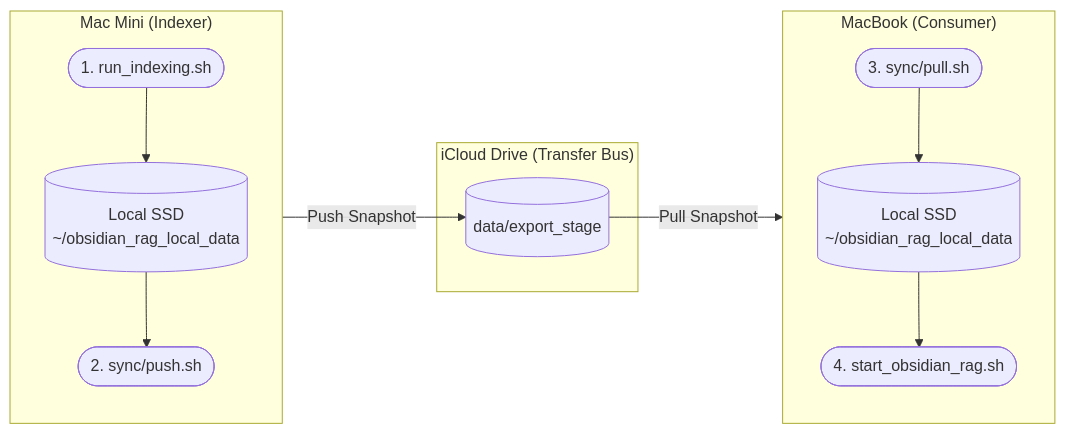
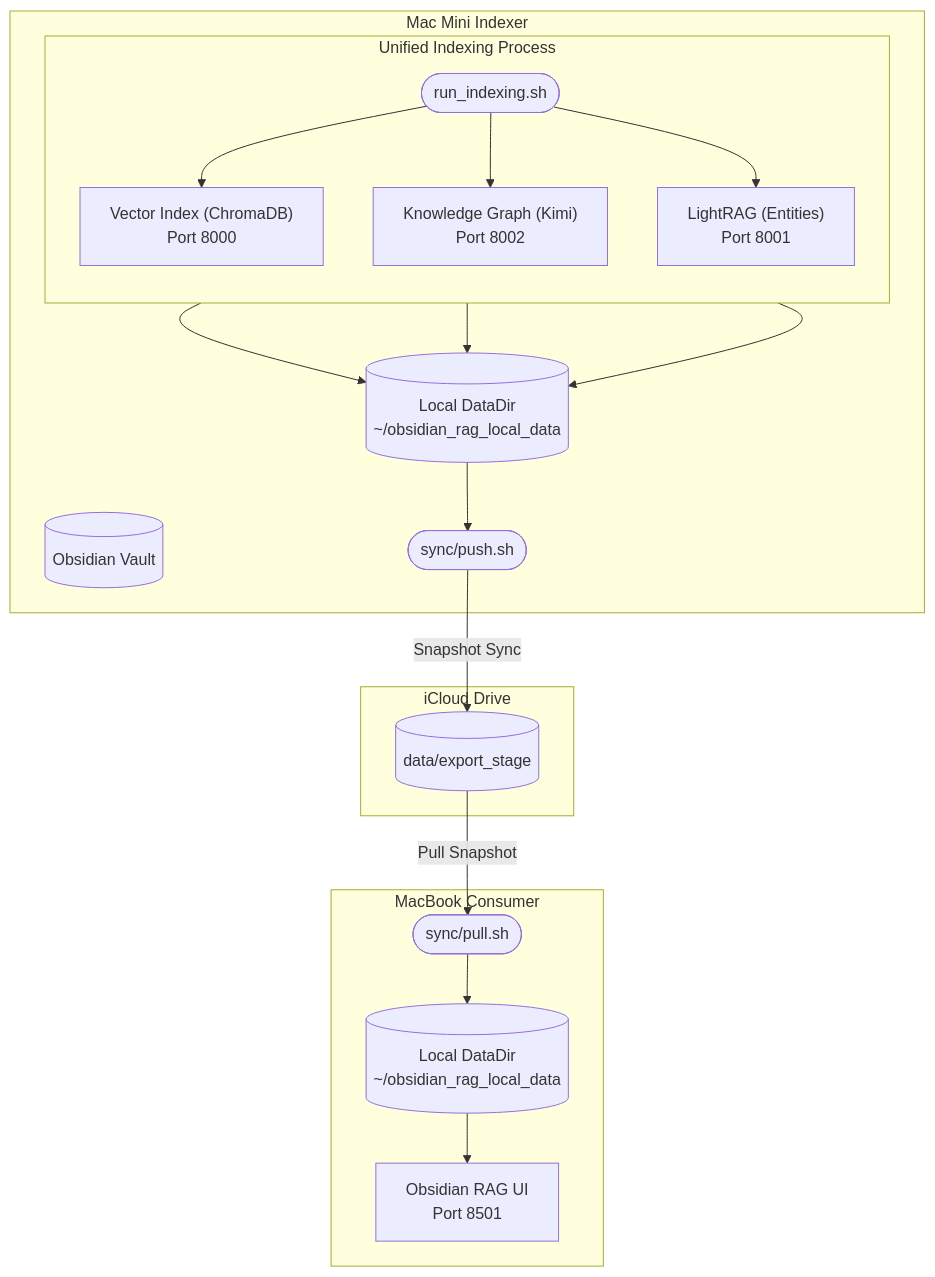
The diagram in Documentation/Setup/INDEXING_SCRIPTS_GUIDE.md (powskierman/obsidian_rag), drawn with Mermaid before and after one commit. The commit also changed other lines of this file and 129 other files, not shown here.

````diff
--- a/Documentation/Setup/INDEXING_SCRIPTS_GUIDE.md
+++ b/Documentation/Setup/INDEXING_SCRIPTS_GUIDE.md
@@ -113,26 +128,28 @@
 ```mermaid
-graph LR
-    subgraph Mini["Mac Mini (Indexer)"]
-        direction TB
-        SSD_Mini[("Local SSD<br>~/obsidian_rag_local_data")]
-        Index(["1. run_indexing.sh"]) --> SSD_Mini
-        Push(["2. sync/push.sh"])
+flowchart TD
+    subgraph Mini [Mac Mini Indexer]
+        Vault[("Obsidian Vault")]
+        
+        subgraph Indexers [Unified Indexing Process]
+            direction TB
+            Script(["run_indexing.sh"])
+            Vector["Vector Index (ChromaDB)<br>Port 8000"]
+            Graph["Knowledge Graph (Kimi)<br>Port 8002"]
+            LR["LightRAG (Entities)<br>Port 8001"]
+        end
+        
+        Script --> Vector & Graph & LR
+        Vector & Graph & LR --> LocalData[("Local DataDir<br>~/obsidian_rag_local_data")]
+        LocalData --> PushScript(["sync/push.sh"])
     end
 
-    subgraph Cloud["iCloud Drive (Transfer Bus)"]
-        Export[("data/export_stage")]
+    subgraph Cloud [iCloud Drive]
+        PushScript -->|Snapshot Sync| CloudStore[("data/export_stage")]
     end
 
-    subgraph Mac["MacBook (Consumer)"]
-        direction TB
-        Pull(["3. sync/pull.sh"])
-        SSD_Mac[("Local SSD<br>~/obsidian_rag_local_data")]
-        Query(["4. start_obsidian_rag.sh"])
+    subgraph MB [MacBook Consumer]
+        CloudStore -->|Pull Snapshot| PullScript(["sync/pull.sh"])
+        PullScript --> MBLocal[("Local DataDir<br>~/obsidian_rag_local_data")]
+        MBLocal --> UI["Obsidian RAG UI<br>Port 8501"]
     end
-
-    SSD_Mini --> Push
-    Push -->|Push Snapshot| Export
-    Export -->|Pull Snapshot| Pull
-    Pull --> SSD_Mac
-    SSD_Mac --> Query
 ```
````
